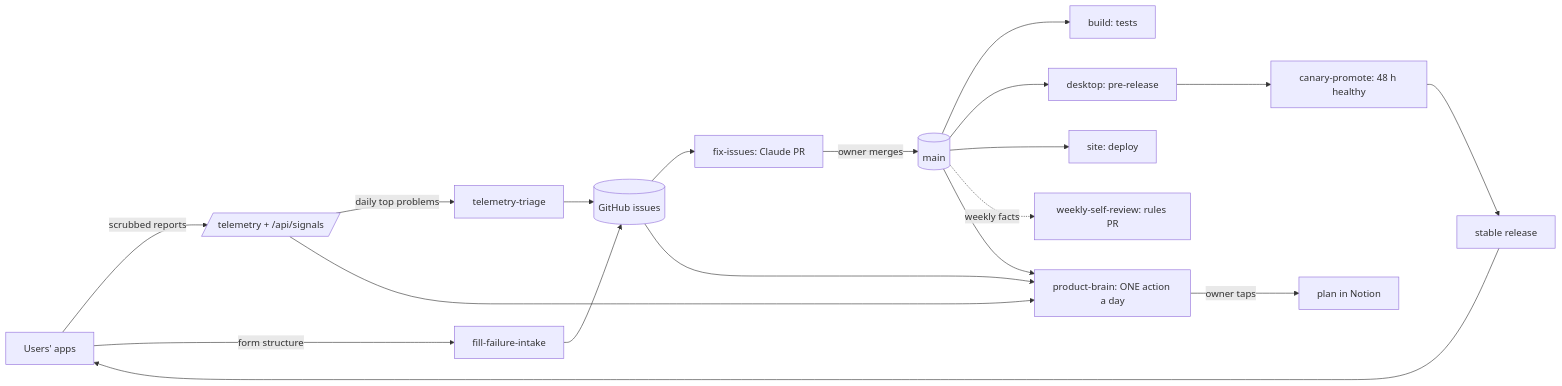
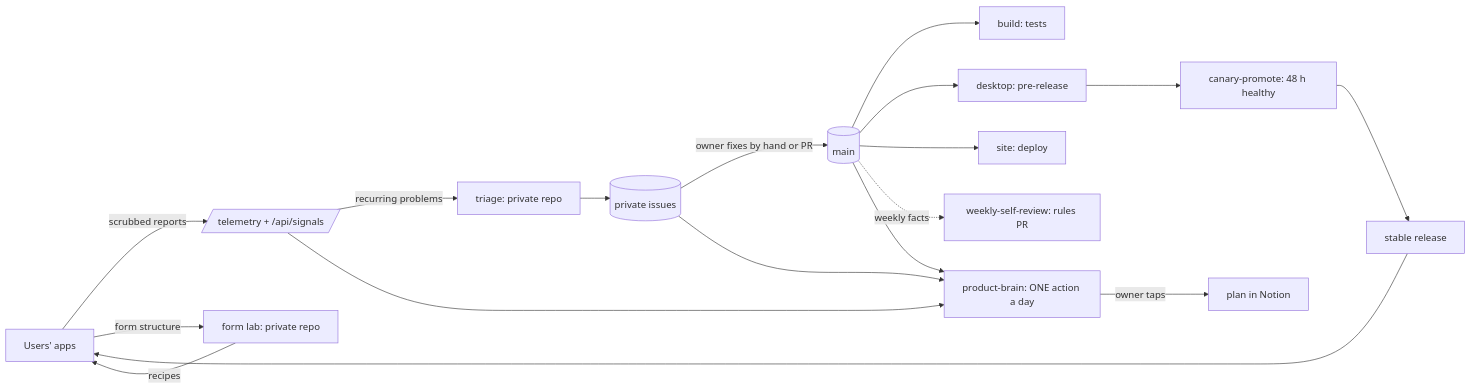
The diagram in docs/HOW-IT-RUNS.md (GarryOne/job-pilotto), drawn with Mermaid before and after one commit. The commit also changed other lines of this file and 10 other files, not shown here.

First line of the commit message:
Retire the public issue intake, triage and auto-fix

````diff
--- a/docs/HOW-IT-RUNS.md
+++ b/docs/HOW-IT-RUNS.md
@@ -14,12 +14,11 @@
 ```mermaid
 flowchart LR
   apps[Users' apps] -- scrubbed reports --> tel[/telemetry + /api/signals/]
-  apps -- form structure --> intake[fill-failure-intake]
-  tel -- daily top problems --> triage[telemetry-triage] --> issues[(GitHub issues)]
-  intake --> issues
-  issues --> fix[fix-issues: Claude PR] -- owner merges --> main[(main)]
+  apps -- form structure --> lab[form lab: private repo] -- recipes --> apps
+  tel -- recurring problems --> triage[triage: private repo] --> issues[(private issues)]
+  issues -- owner fixes by hand or PR --> main[(main)]
   main --> ci[build: tests] & desktop[desktop: pre-release] & site[site: deploy]
   desktop --> canary[canary-promote: 48 h healthy] --> stable[stable release] --> apps
   main -. weekly facts .-> review[weekly-self-review: rules PR]
   tel & issues & main --> brain[product-brain: ONE action a day] -- owner taps --> plan[plan in Notion]
 ```
````
